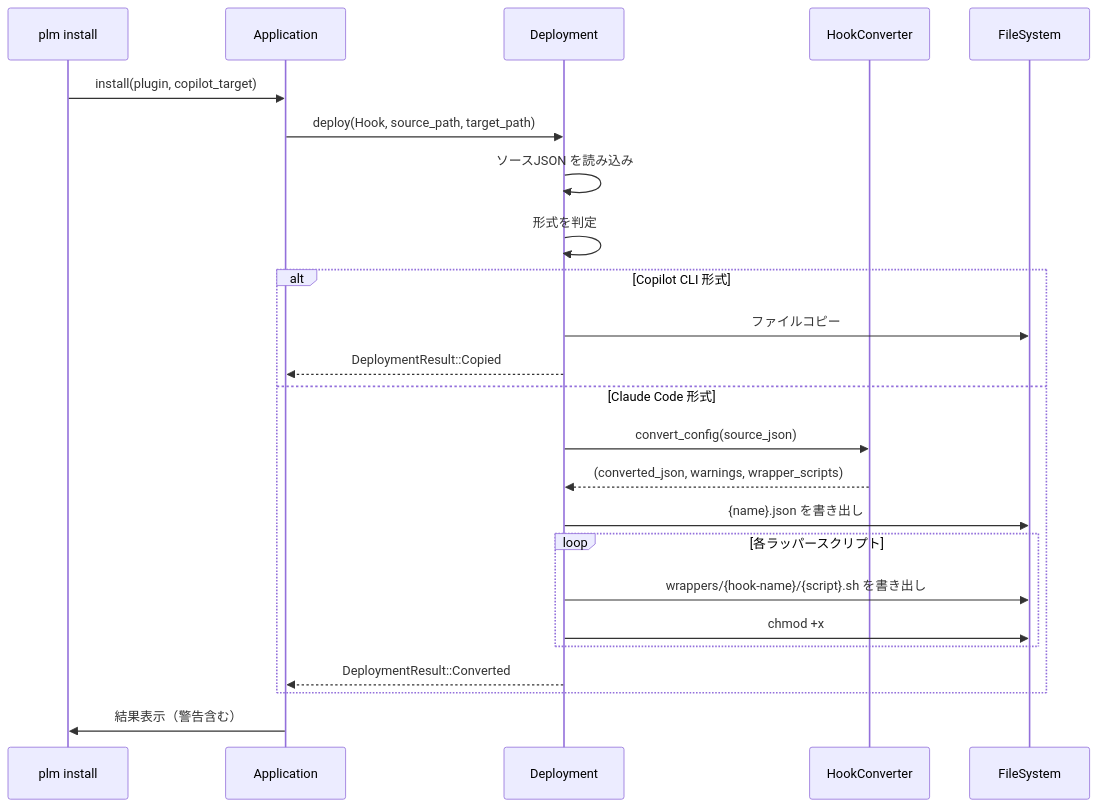
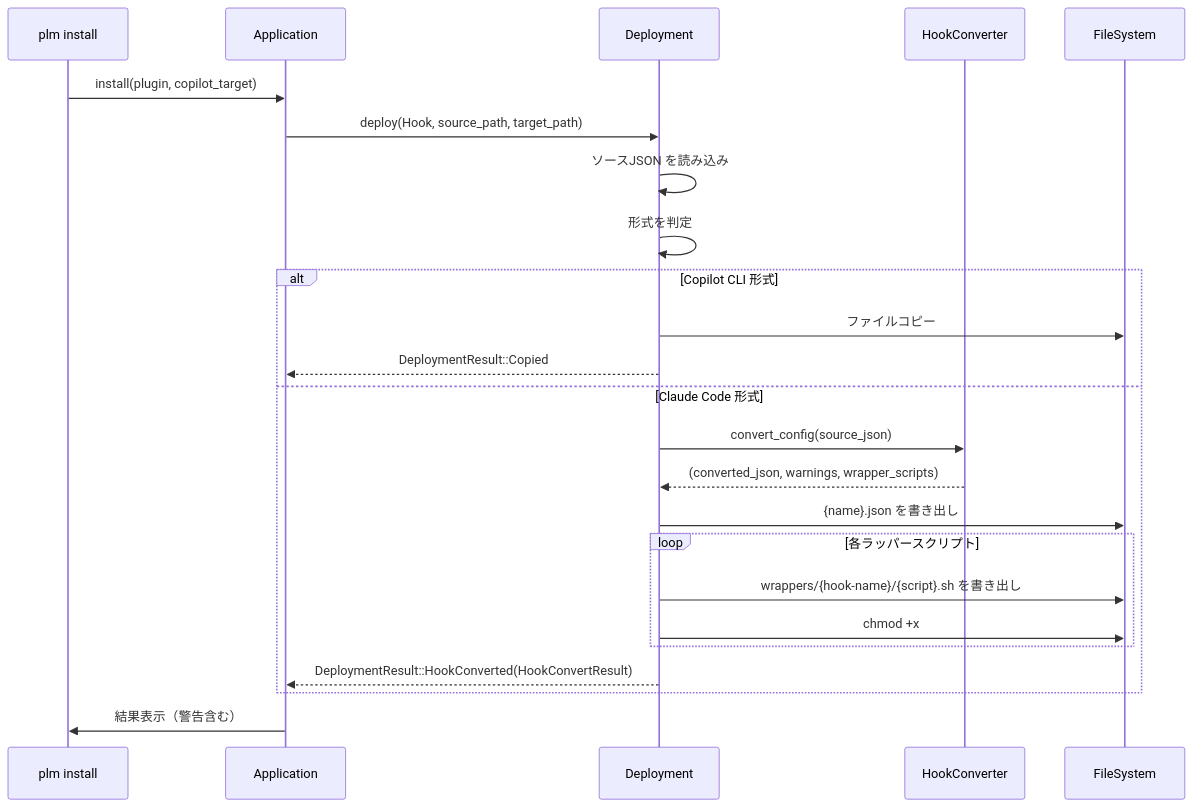
One commit to DIO0550/plugin-manager changed the second of 2 diagrams in docs/hooks-conversion/install-integration-spec.md. Above: the diagram before and after it, drawn with Mermaid. The commit also changed other lines of this file, not shown here.

First line of the commit message:
📝 [Doc]: #183 Fix DeploymentResult variant name and hooks.json references in spec

````diff
--- a/docs/hooks-conversion/install-integration-spec.md
+++ b/docs/hooks-conversion/install-integration-spec.md
@@ -113,29 +113,29 @@
 ```mermaid
 sequenceDiagram
     participant CLI as plm install
     participant App as Application
     participant Deploy as Deployment
     participant Conv as HookConverter
     participant FS as FileSystem
 
     CLI->>App: install(plugin, copilot_target)
     App->>Deploy: deploy(Hook, source_path, target_path)
     Deploy->>Deploy: ソースJSON を読み込み
     Deploy->>Deploy: 形式を判定
 
     alt Copilot CLI 形式
         Deploy->>FS: ファイルコピー
         Deploy-->>App: DeploymentResult::Copied
     else Claude Code 形式
         Deploy->>Conv: convert_config(source_json)
         Conv-->>Deploy: (converted_json, warnings, wrapper_scripts)
         Deploy->>FS: {name}.json を書き出し
         loop 各ラッパースクリプト
             Deploy->>FS: wrappers/{hook-name}/{script}.sh を書き出し
             Deploy->>FS: chmod +x
         end
-        Deploy-->>App: DeploymentResult::Converted
+        Deploy-->>App: DeploymentResult::HookConverted(HookConvertResult)
     end
 
     App->>CLI: 結果表示（警告含む）
 ```
````
